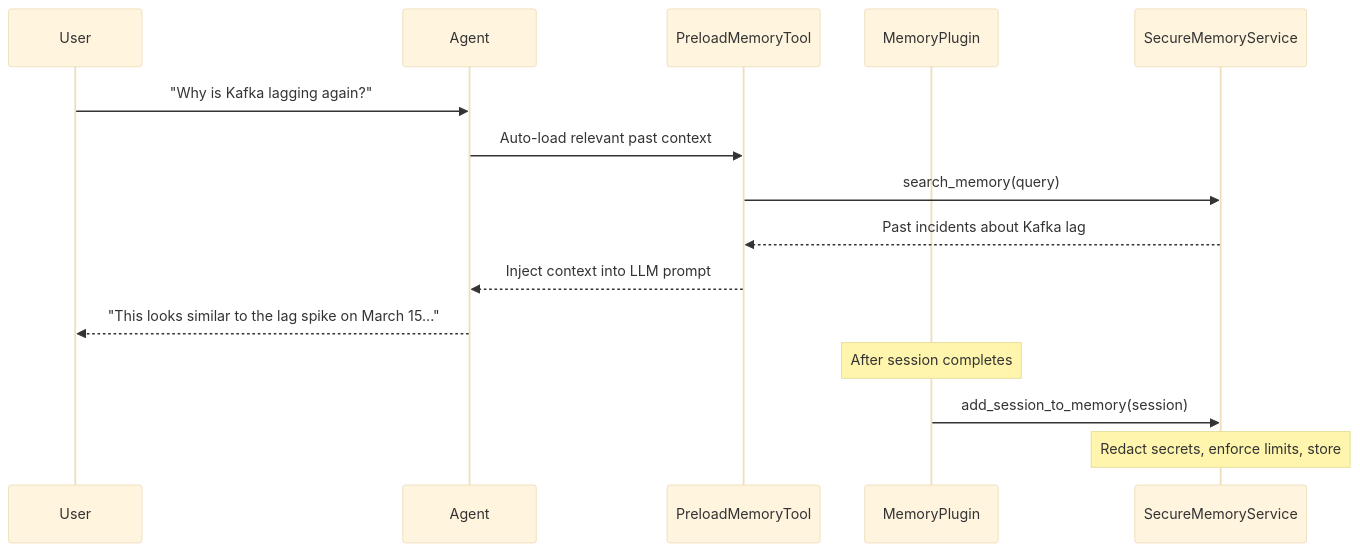
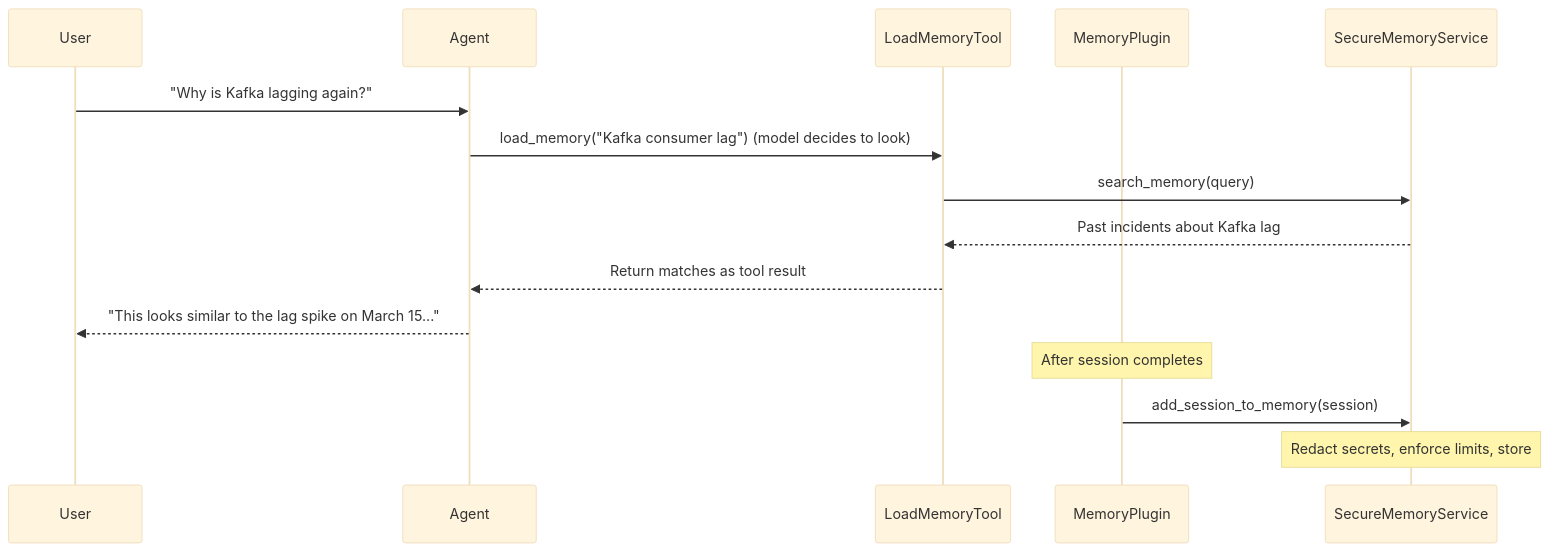
One commit to BAHALLA/ai-agents changed the diagram in docs/memory.md. Above: the diagram before and after it, drawn with Mermaid (base theme). The commit also changed other lines of this file and 5 other files, not shown here.

First line of the commit message:
feat(assistant): model-invoked memory recall (LoadMemoryTool)

````diff
--- a/docs/memory.md
+++ b/docs/memory.md
@@ -13,18 +13,18 @@
 ```mermaid
 sequenceDiagram
     participant User
     participant Agent
-    participant PreloadMemoryTool
+    participant LoadMemoryTool
     participant MemoryPlugin
     participant SecureMemoryService
 
     User->>Agent: "Why is Kafka lagging again?"
-    Agent->>PreloadMemoryTool: Auto-load relevant past context
-    PreloadMemoryTool->>SecureMemoryService: search_memory(query)
-    SecureMemoryService-->>PreloadMemoryTool: Past incidents about Kafka lag
-    PreloadMemoryTool-->>Agent: Inject context into LLM prompt
+    Agent->>LoadMemoryTool: load_memory("Kafka consumer lag") (model decides to look)
+    LoadMemoryTool->>SecureMemoryService: search_memory(query)
+    SecureMemoryService-->>LoadMemoryTool: Past incidents about Kafka lag
+    LoadMemoryTool-->>Agent: Return matches as tool result
     Agent-->>User: "This looks similar to the lag spike on March 15..."
     Note over MemoryPlugin: After session completes
     MemoryPlugin->>SecureMemoryService: add_session_to_memory(session)
     Note over SecureMemoryService: Redact secrets, enforce limits, store
 ```
````
